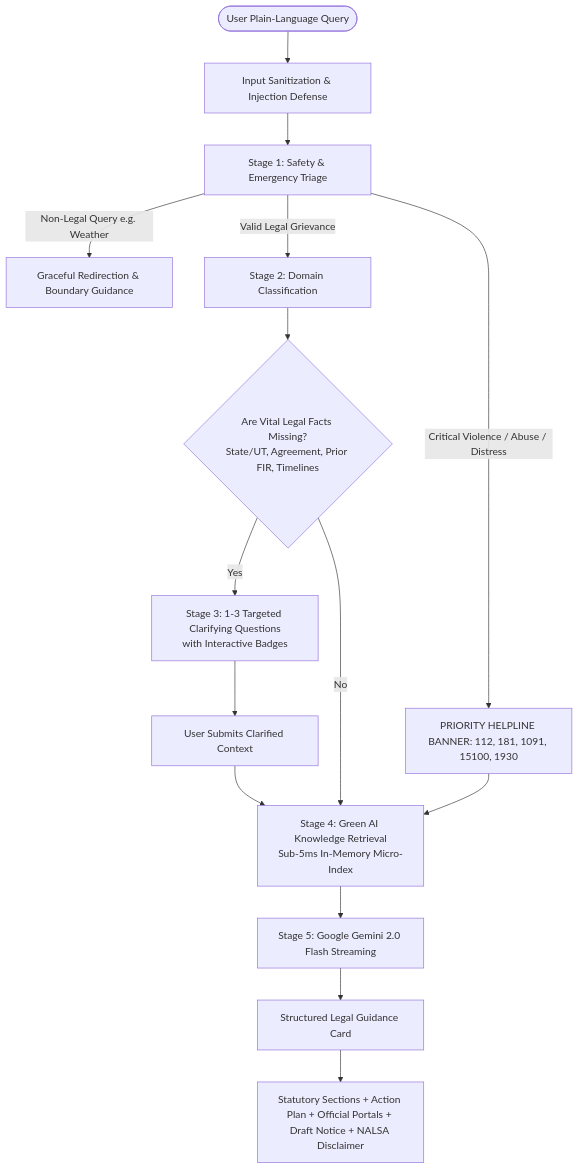
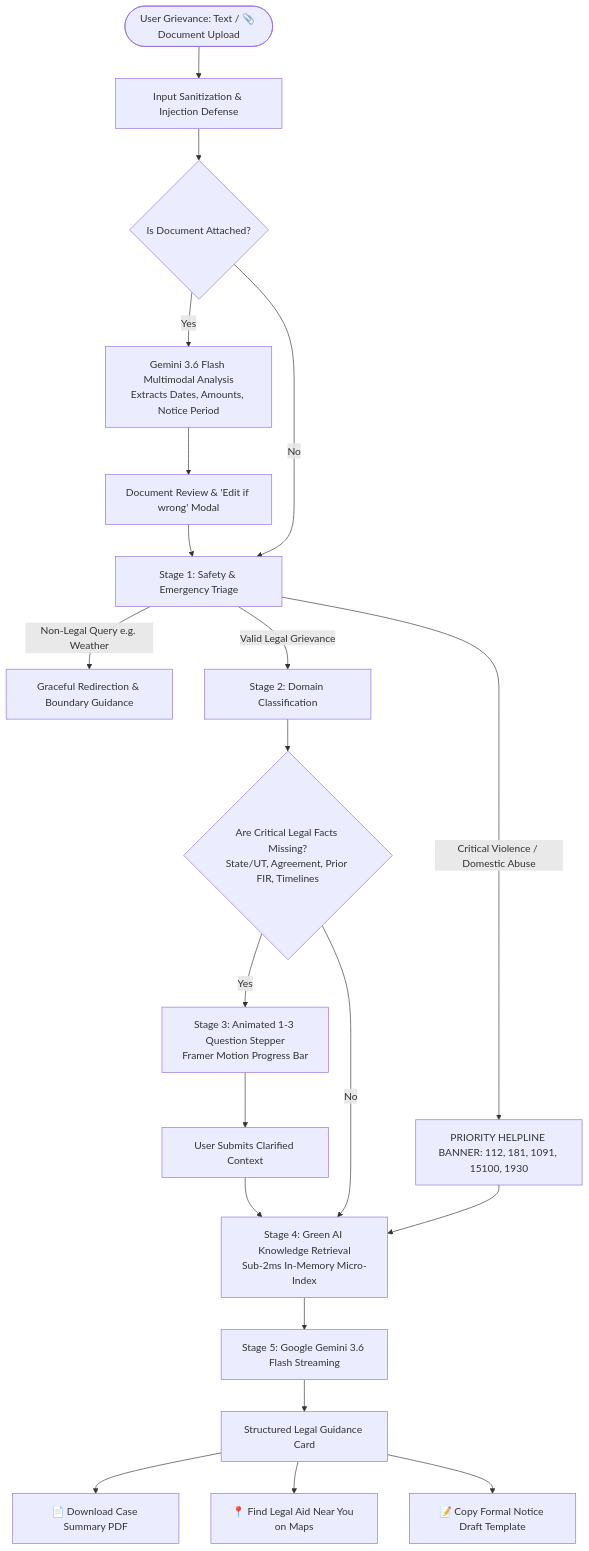
One commit to Manasa-L-Hegde/Nyaya_Sahayak changed the diagram in README.md. Above: the diagram before and after it, drawn with Mermaid. The commit also changed other lines of this file, not shown here.

````diff
--- a/README.md
+++ b/README.md
@@ -25,21 +69,28 @@
 ```mermaid
 flowchart TD
-    User([User Plain-Language Query]) --> Security[Input Sanitization & Injection Defense]
-    Security --> Triage[Stage 1: Safety & Emergency Triage]
+    User([User Grievance: Text / 📎 Document Upload]) --> Security[Input Sanitization & Injection Defense]
     
-    Triage -->|Critical Violence / Abuse / Distress| EmergencyBanner[PRIORITY HELPLINE BANNER: 112, 181, 1091, 15100, 1930]
+    Security --> DocCheck{Is Document Attached?}
+    DocCheck -->|Yes| MultimodalAI[Gemini 3.6 Flash Multimodal Analysis\nExtracts Dates, Amounts, Notice Period]
+    MultimodalAI --> DocModal[Document Review & 'Edit if wrong' Modal]
+    DocModal --> Triage
+    DocCheck -->|No| Triage[Stage 1: Safety & Emergency Triage]
+    
+    Triage -->|Critical Violence / Domestic Abuse| EmergencyBanner[PRIORITY HELPLINE BANNER: 112, 181, 1091, 15100, 1930]
     Triage -->|Non-Legal Query e.g. Weather| OutOfScope[Graceful Redirection & Boundary Guidance]
     Triage -->|Valid Legal Grievance| Classifier[Stage 2: Domain Classification]
 
-    Classifier --> MissingContextCheck{Are Vital Legal Facts Missing?\nState/UT, Agreement, Prior FIR, Timelines}
-    MissingContextCheck -->|Yes| ClarificationCard[Stage 3: 1-3 Targeted Clarifying Questions\nwith Interactive Badges]
+    Classifier --> MissingContextCheck{Are Critical Legal Facts Missing?\nState/UT, Agreement, Prior FIR, Timelines}
+    MissingContextCheck -->|Yes| ClarificationCard[Stage 3: Animated 1-3 Question Stepper\nFramer Motion Progress Bar]
     ClarificationCard --> UserAnswers[User Submits Clarified Context]
     UserAnswers --> GreenAIRAG
 
-    MissingContextCheck -->|No| GreenAIRAG[Stage 4: Green AI Knowledge Retrieval\nSub-5ms In-Memory Micro-Index]
+    MissingContextCheck -->|No| GreenAIRAG[Stage 4: Green AI Knowledge Retrieval\nSub-2ms In-Memory Micro-Index]
     EmergencyBanner --> GreenAIRAG
 
-    GreenAIRAG --> GeminiStream[Stage 5: Google Gemini 2.0 Flash Streaming]
+    GreenAIRAG --> GeminiStream[Stage 5: Google Gemini 3.6 Flash Streaming]
     GeminiStream --> GuidanceCard[Structured Legal Guidance Card]
-    GuidanceCard --> Details[Statutory Sections + Action Plan + Official Portals + Draft Notice + NALSA Disclaimer]
+    GuidanceCard --> Action1[📄 Download Case Summary PDF]
+    GuidanceCard --> Action2[📍 Find Legal Aid Near You on Maps]
+    GuidanceCard --> Action3[📝 Copy Formal Notice Draft Template]
 ```
````
